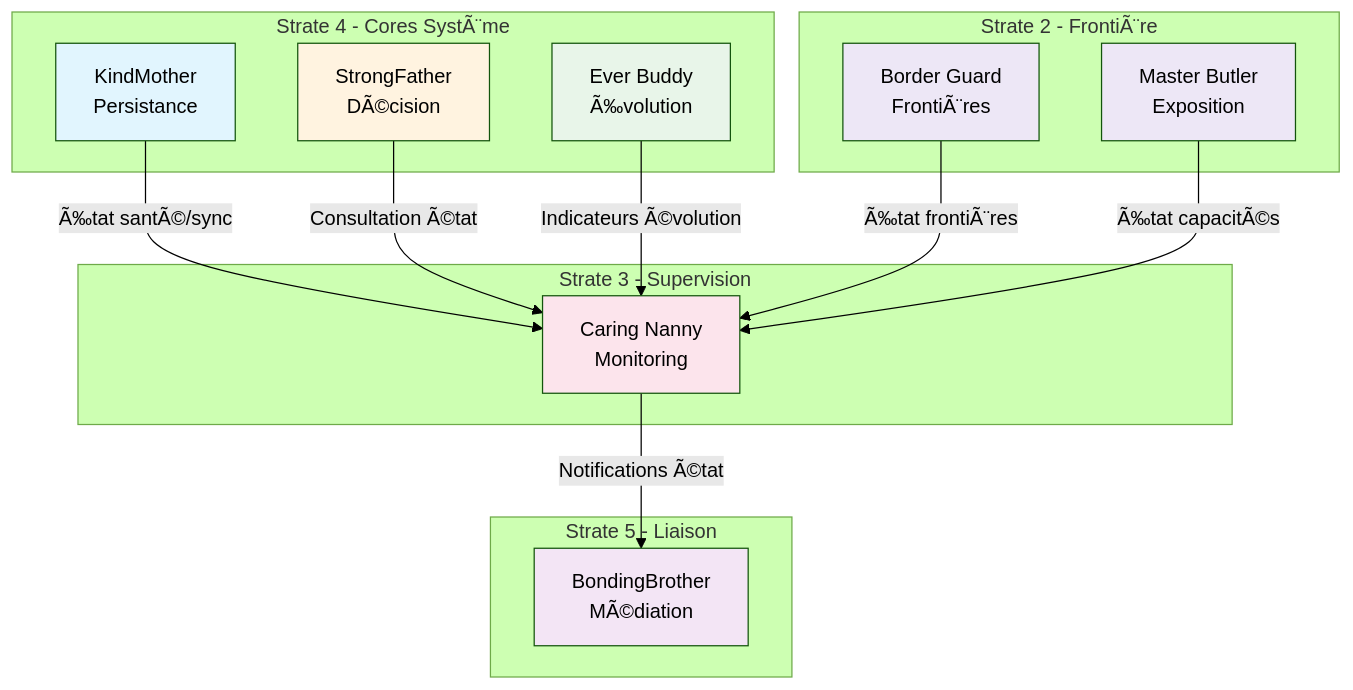
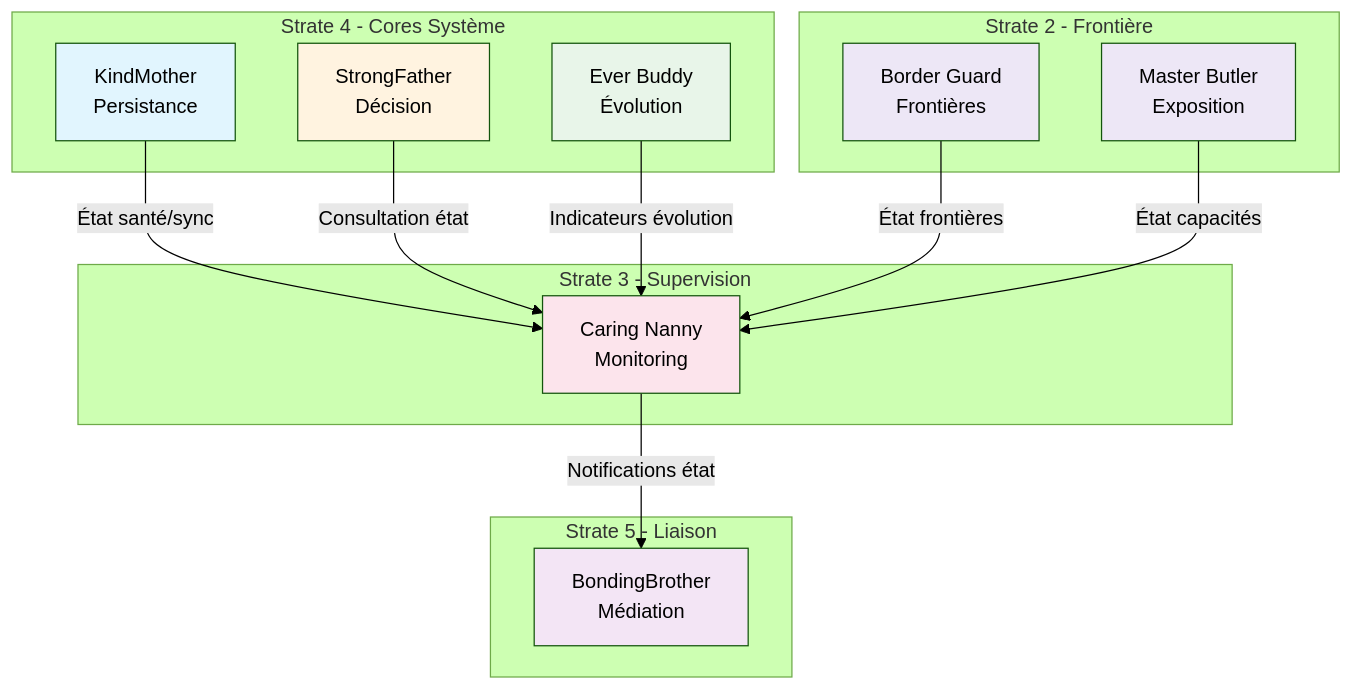
Before and after one commit to StudioMiyukini/miyukini_cog: the diagram in docs/cores/CaringNanny/_index.md, drawn with Mermaid (forest theme). The commit also changed other lines of this file and 564 other files, not shown here.

````diff
--- a/docs/cores/CaringNanny/_index.md
+++ b/docs/cores/CaringNanny/_index.md
@@ -155,42 +155,42 @@
 ```mermaid
 graph TB
-    subgraph Strate4[Strate 4 - Cores SystÃ¨me]
-        SF[StrongFather<br/>DÃ©cision]
+    subgraph Strate4[Strate 4 - Cores Système]
+        SF[StrongFather<br/>Décision]
         KM[KindMother<br/>Persistance]
-        EB[Ever Buddy<br/>Ã‰volution]
+        EB[Ever Buddy<br/>Évolution]
     end
 
     subgraph Strate3[Strate 3 - Supervision]
         CN[Caring Nanny<br/>Monitoring]
     end
 
     subgraph Strate5[Strate 5 - Liaison]
-        BB[BondingBrother<br/>MÃ©diation]
+        BB[BondingBrother<br/>Médiation]
     end
 
-    subgraph Strate2[Strate 2 - FrontiÃ¨re]
-        BG[Border Guard<br/>FrontiÃ¨res]
+    subgraph Strate2[Strate 2 - Frontière]
+        BG[Border Guard<br/>Frontières]
         MB[Master Butler<br/>Exposition]
     end
 
-    KM -->|"Ã‰tat santÃ©/sync"| CN
-    SF -->|"Consultation Ã©tat"| CN
-    CN -->|"Notifications Ã©tat"| BB
-    EB -->|"Indicateurs Ã©volution"| CN
-    BG -->|"Ã‰tat frontiÃ¨res"| CN
-    MB -->|"Ã‰tat capacitÃ©s"| CN
+    KM -->|"État santé/sync"| CN
+    SF -->|"Consultation état"| CN
+    CN -->|"Notifications état"| BB
+    EB -->|"Indicateurs évolution"| CN
+    BG -->|"État frontières"| CN
+    MB -->|"État capacités"| CN
 
     classDef coreObservation fill:#fce4ec
     classDef coreData fill:#e1f5fe
     classDef coreDecision fill:#fff3e0
     classDef coreEvolution fill:#e8f5e9
     classDef liaison fill:#f3e5f5
     classDef frontier fill:#ede7f6
 
     class CN coreObservation
     class KM coreData
     class SF coreDecision
     class EB coreEvolution
     class BB liaison
     class BG,MB frontier
 ```
````
